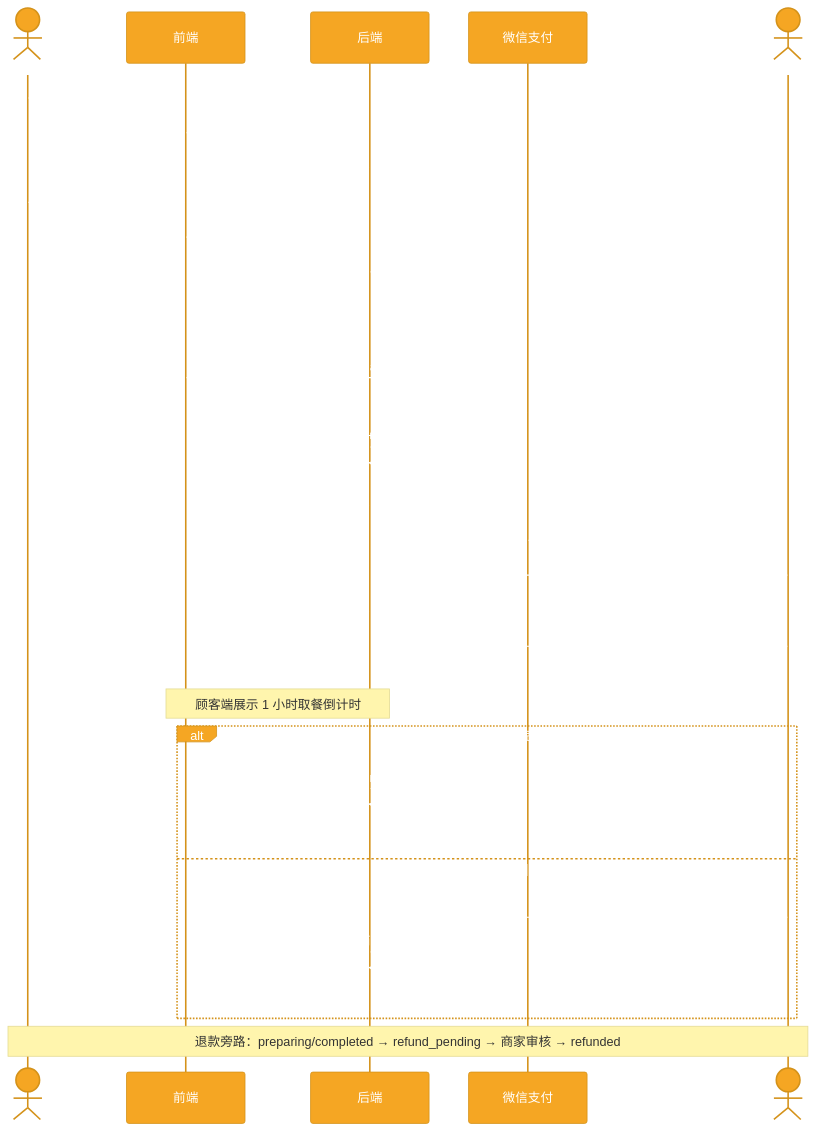
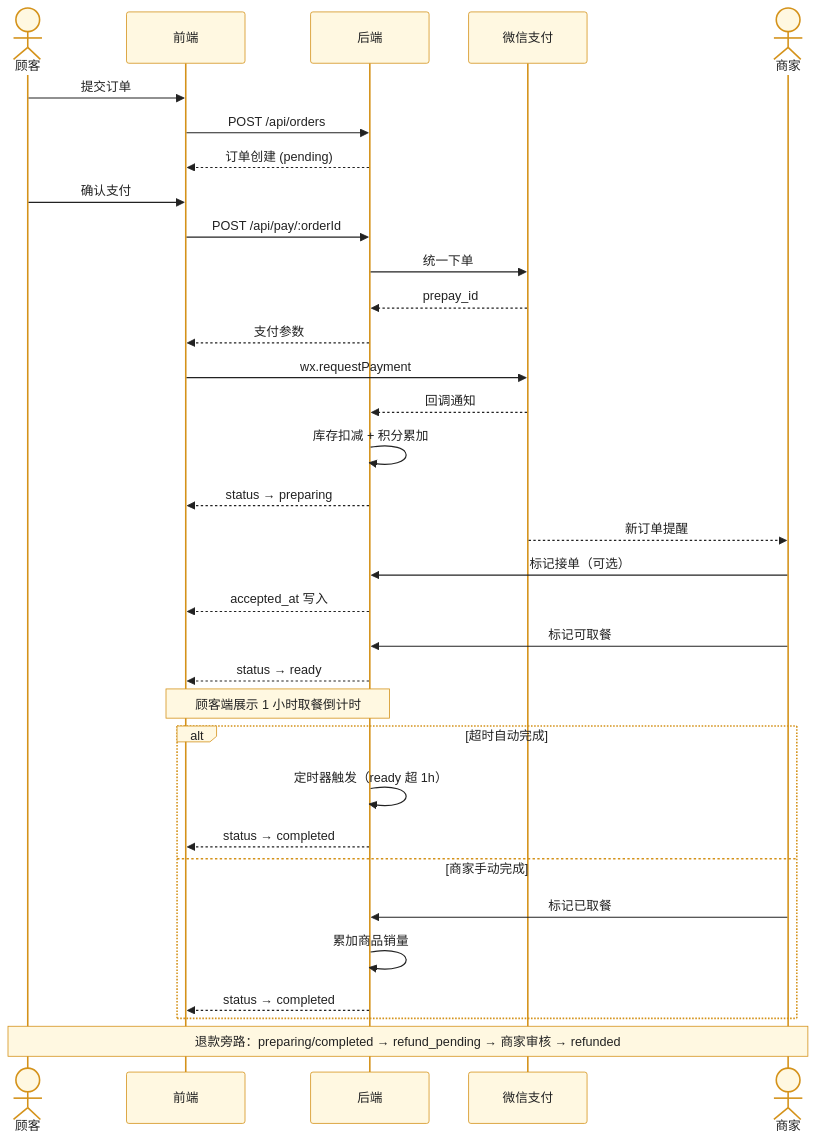
The third of 4 diagrams in README.md (zip-Wu/tasty_bakery), drawn with Mermaid before and after one commit. The commit also changed other lines of this file, not shown here.

Commit message:
docs: Mermaid主题对比度修复 + ER图关系标签改回中文

````diff
--- a/README.md
+++ b/README.md
@@ -144,43 +144,43 @@
 ```mermaid
-%%{init: {'theme': 'base', 'themeVariables': { 'primaryColor': '#f5a623', 'primaryTextColor': '#fff', 'primaryBorderColor': '#d4921a', 'lineColor': '#e5941e', 'secondaryColor': '#ffeb99', 'tertiaryColor': '#fff8e1'}}}%%
+%%{init: {'theme': 'base', 'themeVariables': { 'primaryColor': '#fff8e1', 'primaryTextColor': '#222', 'primaryBorderColor': '#d4921a', 'lineColor': '#d4921a', 'secondaryColor': '#ffeb99', 'tertiaryColor': '#fff8e1', 'textColor': '#222', 'actorBkg': '#fff8e1', 'actorTextColor': '#222', 'actorBorder': '#d4921a', 'signalColor': '#222', 'noteBkgColor': '#fff8e1', 'noteTextColor': '#222', 'noteBorderColor': '#d4921a'}}}%%
 sequenceDiagram
     actor 顾客
     participant 前端
     participant 后端
     participant 微信支付
     actor 商家
 
     顾客->>前端: 提交订单
     前端->>后端: POST /api/orders
     后端-->>前端: 订单创建 (pending)
 
     顾客->>前端: 确认支付
     前端->>后端: POST /api/pay/:orderId
     后端->>微信支付: 统一下单
     微信支付-->>后端: prepay_id
     后端-->>前端: 支付参数
     前端->>微信支付: wx.requestPayment
     微信支付-->>后端: 回调通知
     后端->>后端: 库存扣减 + 积分累加
     后端-->>前端: status → preparing
 
     微信支付-->>商家: 新订单提醒
     商家->>后端: 标记接单（可选）
     后端-->>前端: accepted_at 写入
 
     商家->>后端: 标记可取餐
     后端-->>前端: status → ready
 
     Note over 前端,后端: 顾客端展示 1 小时取餐倒计时
 
     alt 超时自动完成
         后端->>后端: 定时器触发（ready 超 1h）
         后端-->>前端: status → completed
     else 商家手动完成
         商家->>后端: 标记已取餐
         后端->>后端: 累加商品销量
         后端-->>前端: status → completed
     end
 
     Note over 顾客,商家: 退款旁路：preparing/completed → refund_pending → 商家审核 → refunded
 ```
````
